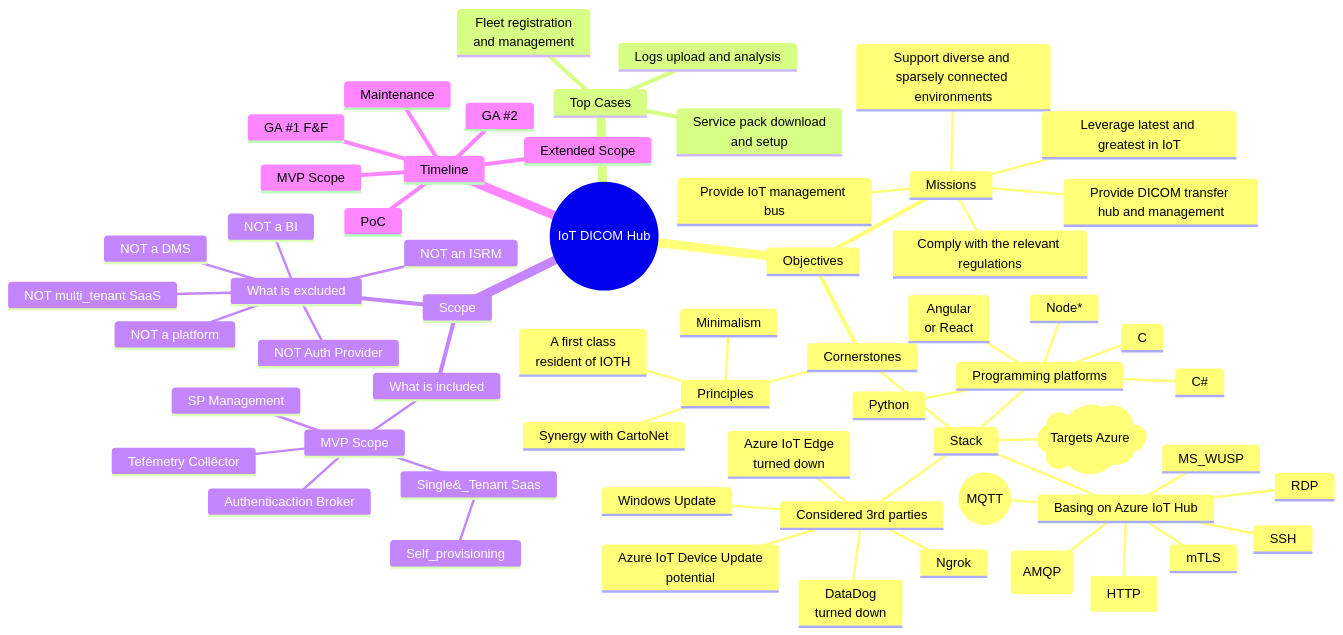
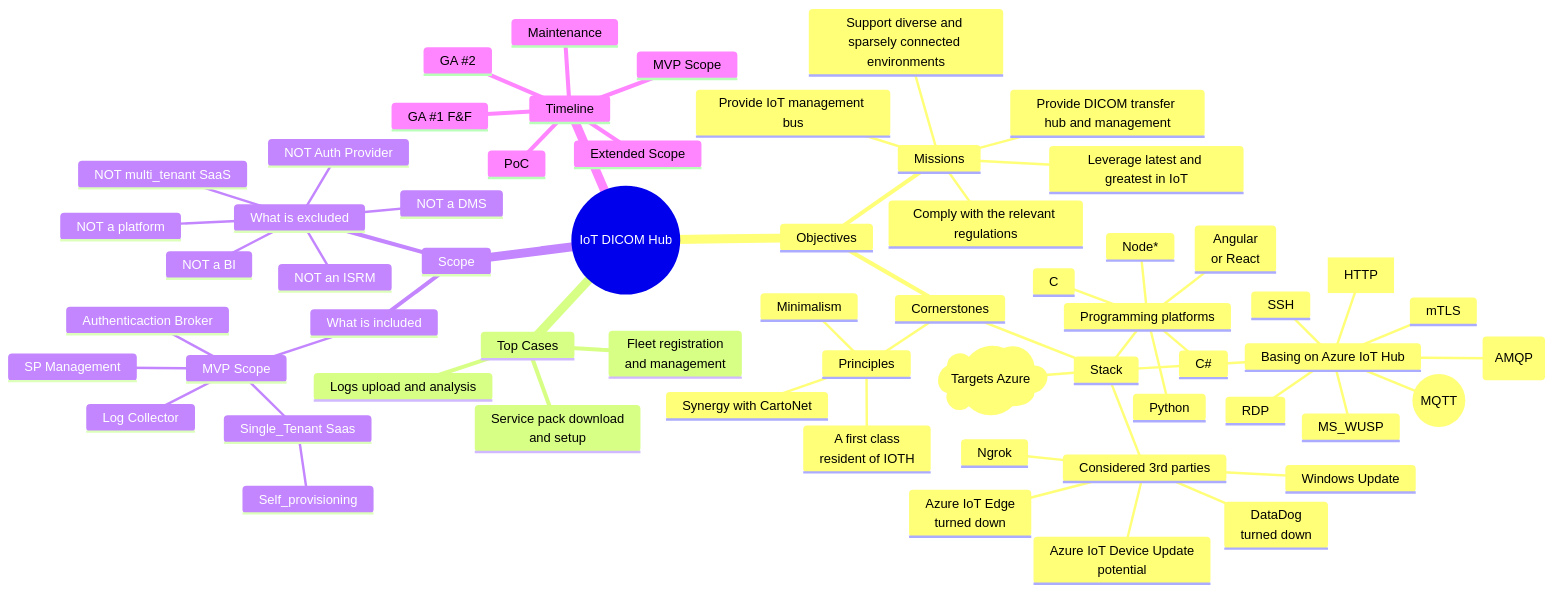
The diagram in README.md (miri0789/CloudPillar), drawn with Mermaid before and after one commit.

```diff
--- a/README.md
+++ b/README.md
@@ -22,65 +22,65 @@
 :::mermaid
 mindmap
   root((IoT DICOM Hub))
     Objectives
       Missions
       ::icon(fa fa-book)
         Provide IoT management bus
         Support diverse and sparsely connected environments
         Provide DICOM transfer hub and management
         Comply with the relevant regulations
         Leverage latest and greatest in IoT
       Cornerstones
         Principles
           A first class<br/>resident of IOTH
           Minimalism
           Synergy with CartoNet
         Stack
           )Targets Azure(
           Basing on Azure IoT Hub
             ((MQTT))
             (AMQP)
             [HTTP]
             mTLS
             RDP
             SSH
             MS_WUSP
           Programming platforms
             C#
             Python
             C
             Node*
             Angular<br/>or React            
           Considered 3rd parties
             Azure IoT Edge<br/>turned down
             Azure IoT Device Update<br/>potential
             Windows Update
             DataDog<br/>turned down
             Ngrok
     Top Cases
       Fleet registration<br/>and management
       Service pack download<br/>and setup
       Logs upload and analysis
     Scope
       What is included
         MVP Scope
           SP Management
-          Tefémetry Collêctor
+          Log Collector
           Authenticaction Broker
-          Single&_Tenant Saas
+          Single_Tenant Saas
             Self_provisioning
       What is excluded
         NOT a DMS
         NOT an ISRM
         NOT a platform
         NOT Auth Provider
         NOT multi_tenant SaaS
         NOT a BI 
     Timeline
       PoC
       MVP Scope
       GA #1 F&F
       GA #2
       Extended Scope
       Maintenance
 :::
```
